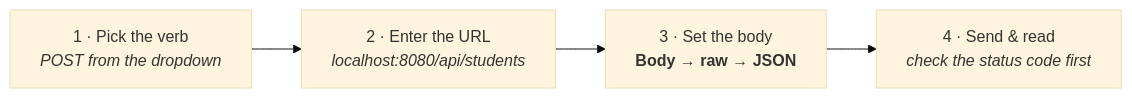
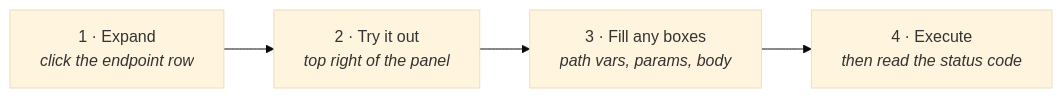
Before and after one commit to purvammm/TCS_Sessions: the fourth of 5 diagrams in notes/session-2-rest-apis.md, drawn with Mermaid (base theme). The commit also changed other lines of this file and 11 other files, not shown here.

````diff
--- a/notes/session-2-rest-apis.md
+++ b/notes/session-2-rest-apis.md
@@ -871,6 +896,6 @@
 ```mermaid
 flowchart LR
-    A["1 · Pick the verb<br/><i>POST from the dropdown</i>"] --> B["2 · Enter the URL<br/><i>localhost:8080/api/students</i>"]
-    B --> C["3 · Set the body<br/><b>Body → raw → JSON</b>"]
-    C --> D["4 · Send &amp; read<br/><i>check the status code first</i>"]
+    A["1 · Expand<br/><i>click the endpoint row</i>"] --> B["2 · Try it out<br/><i>top right of the panel</i>"]
+    B --> C["3 · Fill any boxes<br/><i>path vars, params, body</i>"]
+    C --> D["4 · Execute<br/><i>then read the status code</i>"]
 ```
````
